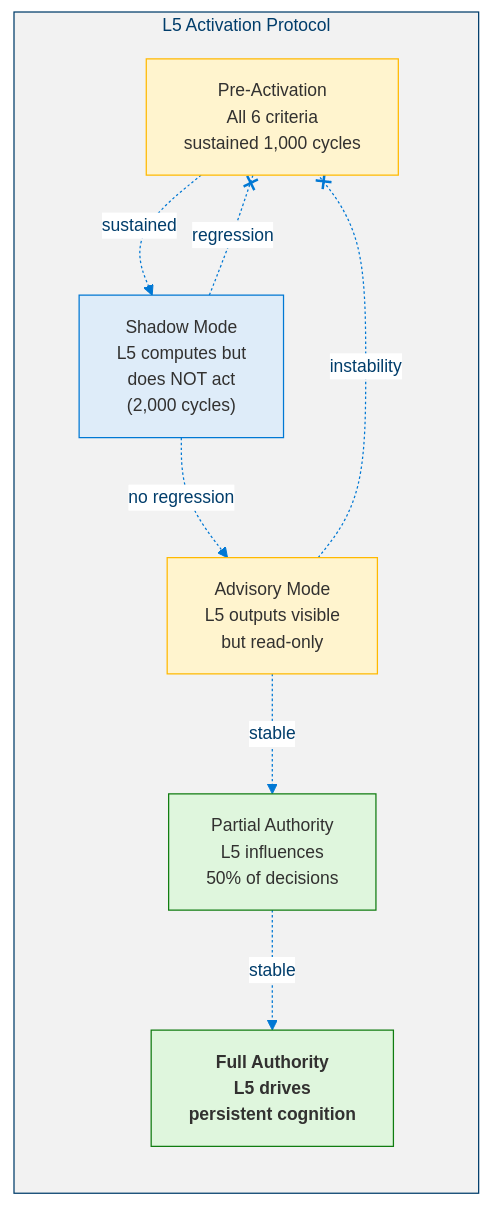
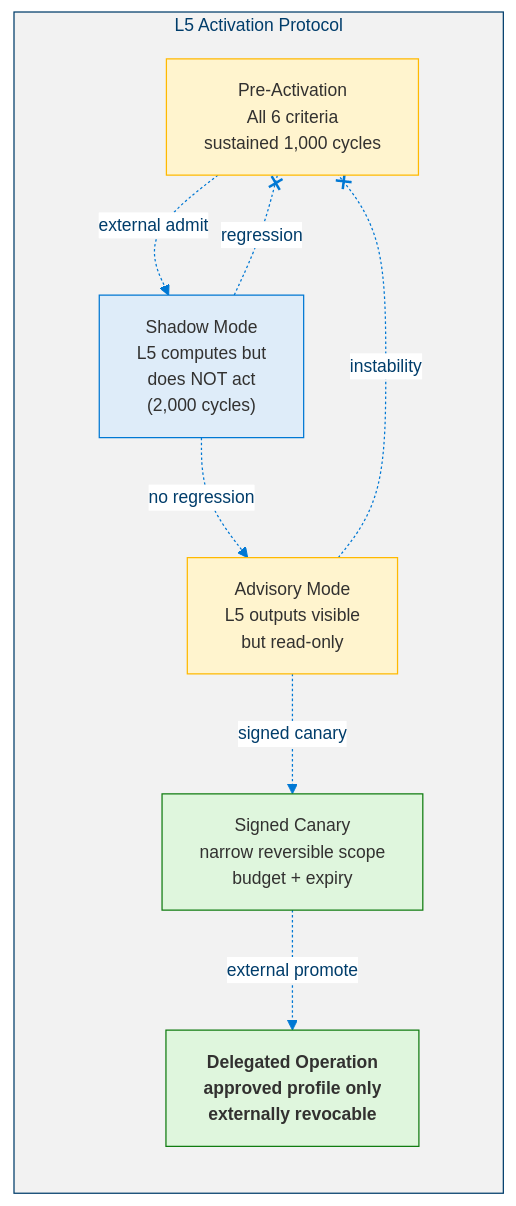
One commit to dotnetpower/mscp changed diagram 15 of 16 in docs/levels/Level_5_Proto_AGI.md. Above: the diagram before and after it, drawn with Mermaid. The commit also changed other lines of this file and 21 other files, not shown here.

````diff
--- a/docs/levels/Level_5_Proto_AGI.md
+++ b/docs/levels/Level_5_Proto_AGI.md
@@ -1099,25 +1119,25 @@
 ```mermaid
 %%{init: {'theme': 'base', 'themeVariables': {'primaryColor': '#0078D4', 'primaryTextColor': '#003D6B', 'primaryBorderColor': '#003D6B', 'secondaryColor': '#50E6FF', 'secondaryTextColor': '#323130', 'secondaryBorderColor': '#00BCF2', 'tertiaryColor': '#F2F2F2', 'tertiaryTextColor': '#323130', 'lineColor': '#0078D4', 'textColor': '#323130', 'mainBkg': '#DEECF9', 'nodeBorder': '#0078D4', 'clusterBkg': '#F2F2F2', 'clusterBorder': '#003D6B', 'titleColor': '#003D6B', 'edgeLabelBackground': '#FFFFFF', 'fontSize': '14px'}}}%%
 flowchart LR
   classDef check fill:#FFF4CE,stroke:#FFB900,color:#323130
   classDef shadow fill:#DEECF9,stroke:#0078D4,color:#323130
   classDef adv fill:#FFF4CE,stroke:#FFB900,color:#323130
   classDef partial fill:#DFF6DD,stroke:#107C10,color:#323130
   classDef full fill:#DFF6DD,stroke:#107C10,color:#323130,font-weight:bold
 
   subgraph Activation["L5 Activation Protocol"]
     CHECK["Pre-Activation<br/>All 6 criteria<br/>sustained 1,000 cycles"]:::check
     SHADOW_M["Shadow Mode<br/>L5 computes but<br/>does NOT act<br/>(2,000 cycles)"]:::shadow
     ADV["Advisory Mode<br/>L5 outputs visible<br/>but read-only"]:::adv
-    PARTIAL["Partial Authority<br/>L5 influences<br/>50% of decisions"]:::partial
-    FULL["Full Authority<br/>L5 drives<br/>persistent cognition"]:::full
+    PARTIAL["Signed Canary<br/>narrow reversible scope<br/>budget + expiry"]:::partial
+    FULL["Delegated Operation<br/>approved profile only<br/>externally revocable"]:::full
 
-    CHECK -.->|"sustained"| SHADOW_M
+    CHECK -.->|"external admit"| SHADOW_M
     SHADOW_M -.->|"no regression"| ADV
-    ADV -.->|"stable"| PARTIAL
-    PARTIAL -.->|"stable"| FULL
+    ADV -.->|"signed canary"| PARTIAL
+    PARTIAL -.->|"external promote"| FULL
 
     SHADOW_M -.-x|"regression"| CHECK
     ADV -.-x|"instability"| CHECK
   end
 ```
````
